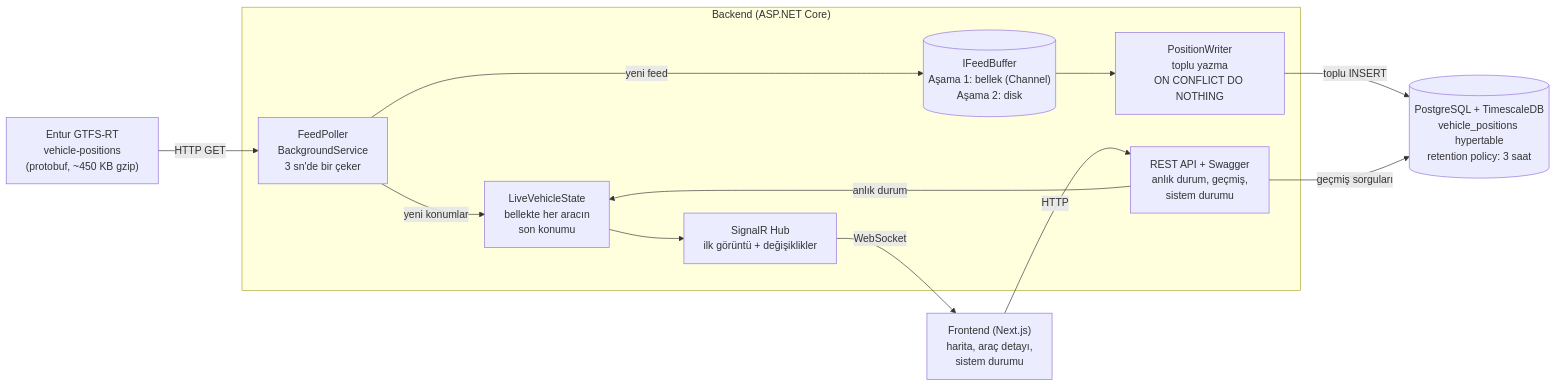
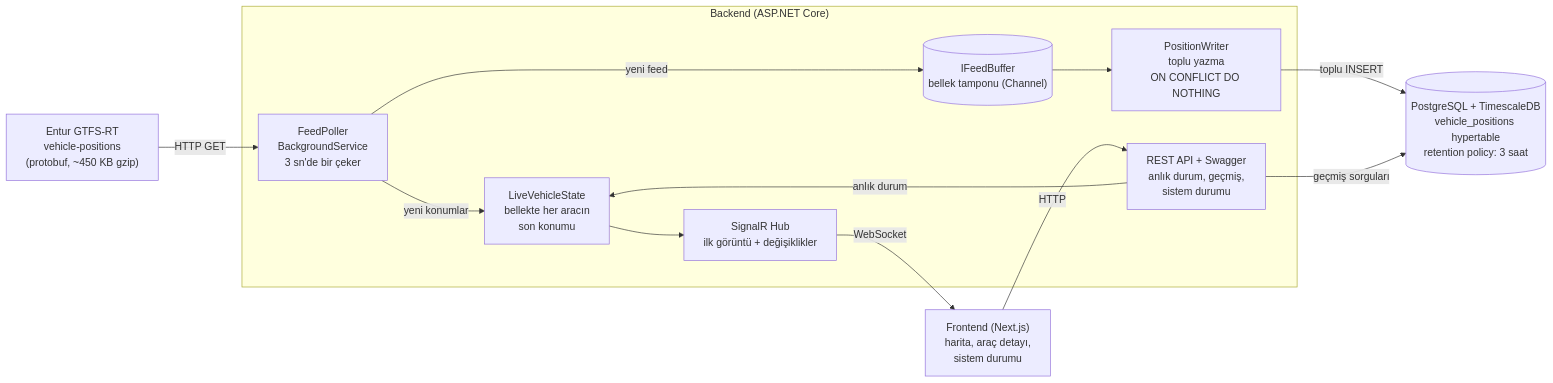
One commit to onreyl/canli-arac-takip changed the diagram in docs/architecture.md. Above: the diagram before and after it, drawn with Mermaid. The commit also changed other lines of this file and 21 other files, not shown here.

````diff
--- a/docs/architecture.md
+++ b/docs/architecture.md
@@ -5,27 +5,27 @@
 ```mermaid
 flowchart LR
     Entur["Entur GTFS-RT<br/>vehicle-positions<br/>(protobuf, ~450 KB gzip)"]
 
     subgraph Backend["Backend (ASP.NET Core)"]
         Poller["FeedPoller<br/>BackgroundService<br/>3 sn'de bir çeker"]
-        Buffer[("IFeedBuffer<br/>Aşama 1: bellek (Channel)<br/>Aşama 2: disk")]
+        Buffer[("IFeedBuffer<br/>bellek tamponu (Channel)")]
         Writer["PositionWriter<br/>toplu yazma<br/>ON CONFLICT DO NOTHING"]
         Live["LiveVehicleState<br/>bellekte her aracın<br/>son konumu"]
         Hub["SignalR Hub<br/>ilk görüntü + değişiklikler"]
         Api["REST API + Swagger<br/>anlık durum, geçmiş,<br/>sistem durumu"]
     end
 
     DB[("PostgreSQL + TimescaleDB<br/>vehicle_positions hypertable<br/>retention policy: 3 saat")]
     Web["Frontend (Next.js)<br/>harita, araç detayı,<br/>sistem durumu"]
 
     Entur -- "HTTP GET" --> Poller
     Poller -- "yeni feed" --> Buffer
     Buffer --> Writer
     Writer -- "toplu INSERT" --> DB
     Poller -- "yeni konumlar" --> Live
     Live --> Hub
     Hub -- "WebSocket" --> Web
     Api -- "geçmiş sorguları" --> DB
     Api -- "anlık durum" --> Live
     Web -- "HTTP" --> Api
 ```
````
